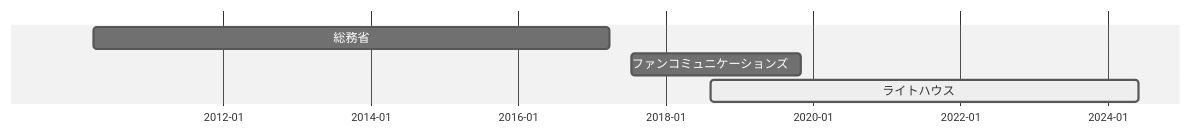
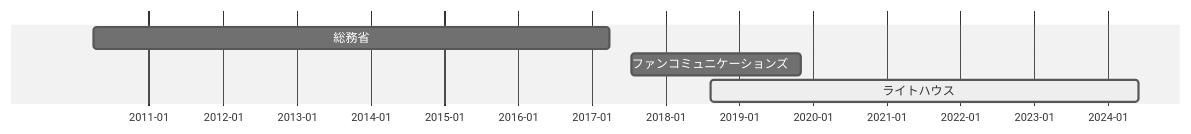
Before and after one commit to iHideck/resume: the diagram in README.md, drawn with Mermaid (neutral theme).

Commit message:
fix: tickInterval 12month

````diff
--- a/README.md
+++ b/README.md
@@ -7,8 +7,9 @@
 ```mermaid
 gantt
     dateFormat YYYY-MM-DD
     axisFormat  %Y-%m
+    tickInterval 12month
     総務省 :job1, 2010-04-01,2017-03-31
     ファンコミュニケーションズ　:job2, 2017-07-15,2019-10-31
     ライトハウス　: active, job3, 2018-08-15, 2024-05-31
 ```
````
